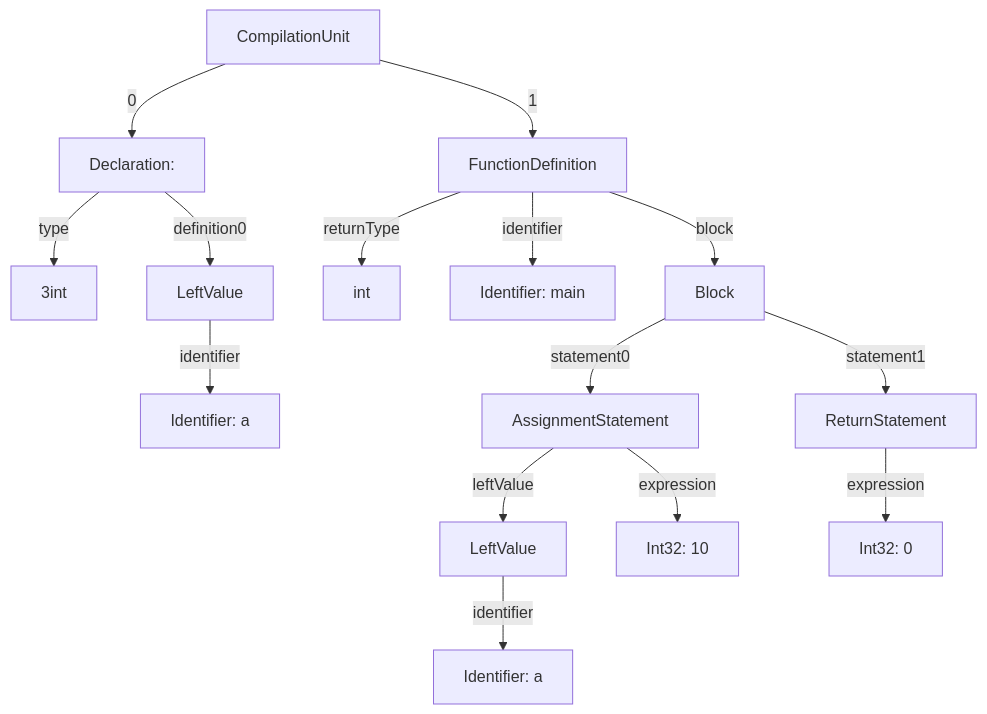
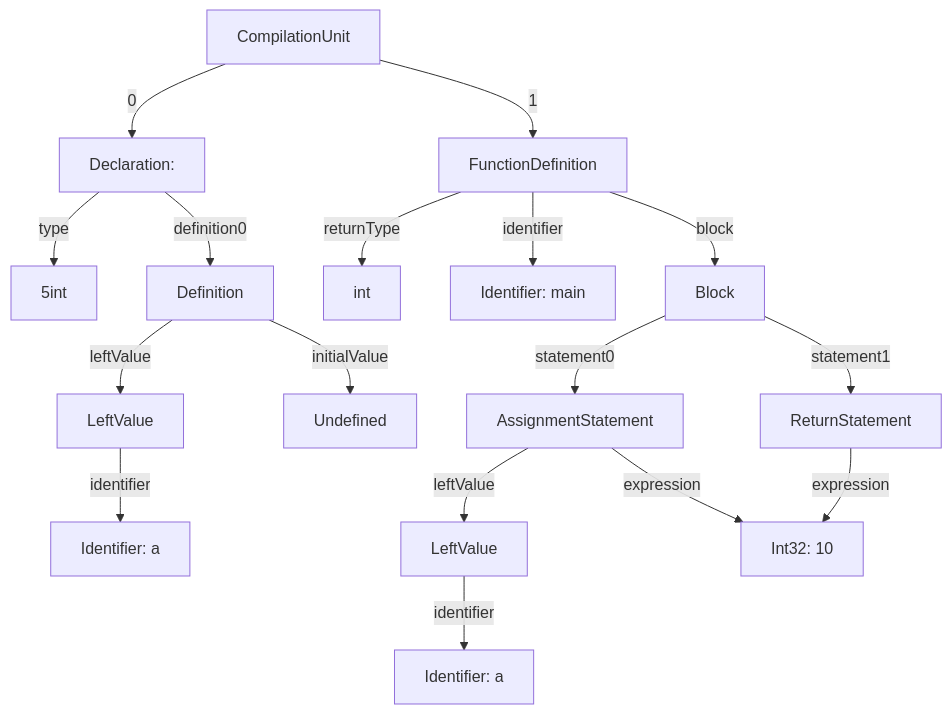
The diagram in tests/S1-result-1/out.md (nyml2003/sed), drawn with Mermaid before and after one commit. The commit also changed 28 other files, not shown here.

````diff
--- a/tests/S1-result-1/out.md
+++ b/tests/S1-result-1/out.md
@@ -1,30 +1,34 @@
 ```mermaid
 graph TD
-14[CompilationUnit]
-14--0-->2
-2[Declaration:]
-2--type-->3int
-2--definition0-->1
+17[CompilationUnit]
+17--0-->4
+4[Declaration:]
+4--type-->5int
+4--definition0-->2
+2[Definition]
+2--leftValue-->1
 1[LeftValue]
 1--identifier-->0
 0[Identifier: a]
-14--1-->12
-12[FunctionDefinition]
-12--returnType-->13[int]
-12--identifier-->4
-4[Identifier: main]
-12--block-->11
-11[Block]
-11--statement0-->8
-8[AssignmentStatement]
-8--leftValue-->6
-6[LeftValue]
-6--identifier-->5
-5[Identifier: a]
-8--expression-->7
-7[Int32: 10]
-11--statement1-->10
-10[ReturnStatement]
+2--initialValue-->3
+3[Undefined]
+17--1-->15
+15[FunctionDefinition]
+15--returnType-->16[int]
+15--identifier-->6
+6[Identifier: main]
+15--block-->14
+14[Block]
+14--statement0-->10
+10[AssignmentStatement]
+10--leftValue-->8
+8[LeftValue]
+8--identifier-->7
+7[Identifier: a]
 10--expression-->9
-9[Int32: 0]
+9[Int32: 10]
+14--statement1-->13
+13[ReturnStatement]
+13--expression-->9
+9[Int32: 10]
 ```
````
